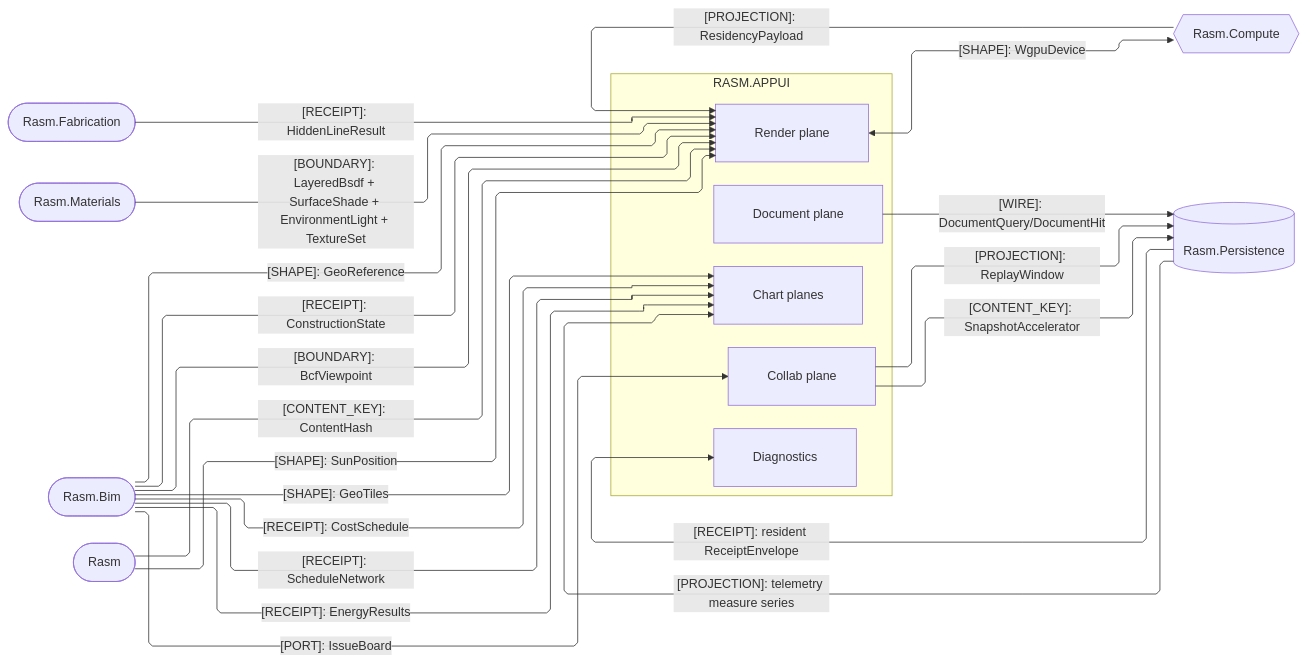
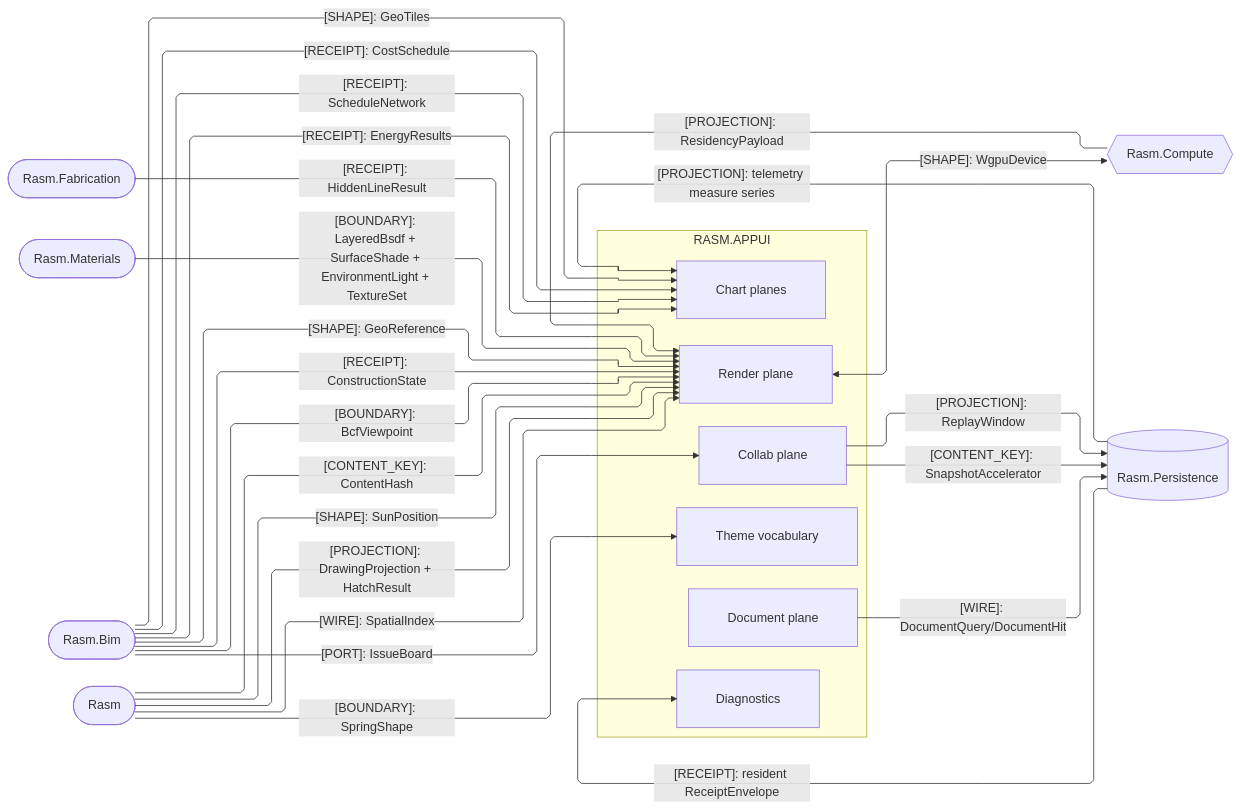
Before and after one commit to bsamiee/Rasm: the second of 3 diagrams in libs/csharp/Rasm.AppUi/ARCHITECTURE.md, drawn with Mermaid. The commit also changed 16 other files, not shown here.

````diff
--- a/libs/csharp/Rasm.AppUi/ARCHITECTURE.md
+++ b/libs/csharp/Rasm.AppUi/ARCHITECTURE.md
@@ -137,44 +137,48 @@
 ```mermaid
 ---
 config:
   layout: elk
   flowchart:
     curve: linear
     padding: 25
 ---
 flowchart LR
     accTitle: AppUi AEC-domain, render-source, and storage seams
-    accDescr: AppUi render, chart, collaboration, and diagnostics owners exchanging residency projections, receipts, boundaries, content keys, and shared-device shapes with the AEC peers Compute, Fabrication, Materials, Bim, the kernel, and the Persistence store.
+    accDescr: AppUi render, chart, collaboration, theme, and diagnostics owners exchanging residency projections, receipts, boundaries, content keys, and shared-device shapes with the AEC peers Compute, Fabrication, Materials, Bim, the kernel, and the Persistence store.
     subgraph appui[RASM.APPUI]
         Render[Render plane]
         Charts[Chart planes]
         Collab[Collab plane]
         Document[Document plane]
+        Theme[Theme vocabulary]
         Diagnostics[Diagnostics]
     end
     Compute{{Rasm.Compute}}
     Fabrication([Rasm.Fabrication])
     Materials([Rasm.Materials])
     Bim([Rasm.Bim])
     Rasm([Rasm])
     Persistence[(Rasm.Persistence)]
     Compute -->|"[PROJECTION]: ResidencyPayload"| Render
     Render <-->|"[SHAPE]: WgpuDevice"| Compute
     Fabrication -->|"[RECEIPT]: HiddenLineResult"| Render
     Materials -->|"[BOUNDARY]: LayeredBsdf + SurfaceShade + EnvironmentLight + TextureSet"| Render
     Rasm -->|"[CONTENT_KEY]: ContentHash"| Render
     Rasm -->|"[SHAPE]: SunPosition"| Render
+    Rasm -->|"[PROJECTION]: DrawingProjection + HatchResult"| Render
+    Rasm -->|"[WIRE]: SpatialIndex"| Render
+    Rasm -->|"[BOUNDARY]: SpringShape"| Theme
     Bim -->|"[SHAPE]: GeoTiles"| Charts
     Bim -->|"[RECEIPT]: CostSchedule"| Charts
     Bim -->|"[RECEIPT]: ScheduleNetwork"| Charts
     Bim -->|"[RECEIPT]: EnergyResults"| Charts
     Persistence -->|"[PROJECTION]: telemetry measure series"| Charts
     Persistence -->|"[RECEIPT]: resident ReceiptEnvelope"| Diagnostics
     Bim -->|"[PORT]: IssueBoard"| Collab
     Collab -->|"[PROJECTION]: ReplayWindow"| Persistence
     Collab -->|"[CONTENT_KEY]: SnapshotAccelerator"| Persistence
     Document -->|"[WIRE]: DocumentQuery/DocumentHit"| Persistence
     Bim -->|"[RECEIPT]: ConstructionState"| Render
     Bim -->|"[BOUNDARY]: BcfViewpoint"| Render
     Bim -->|"[SHAPE]: GeoReference"| Render
 ```
````
